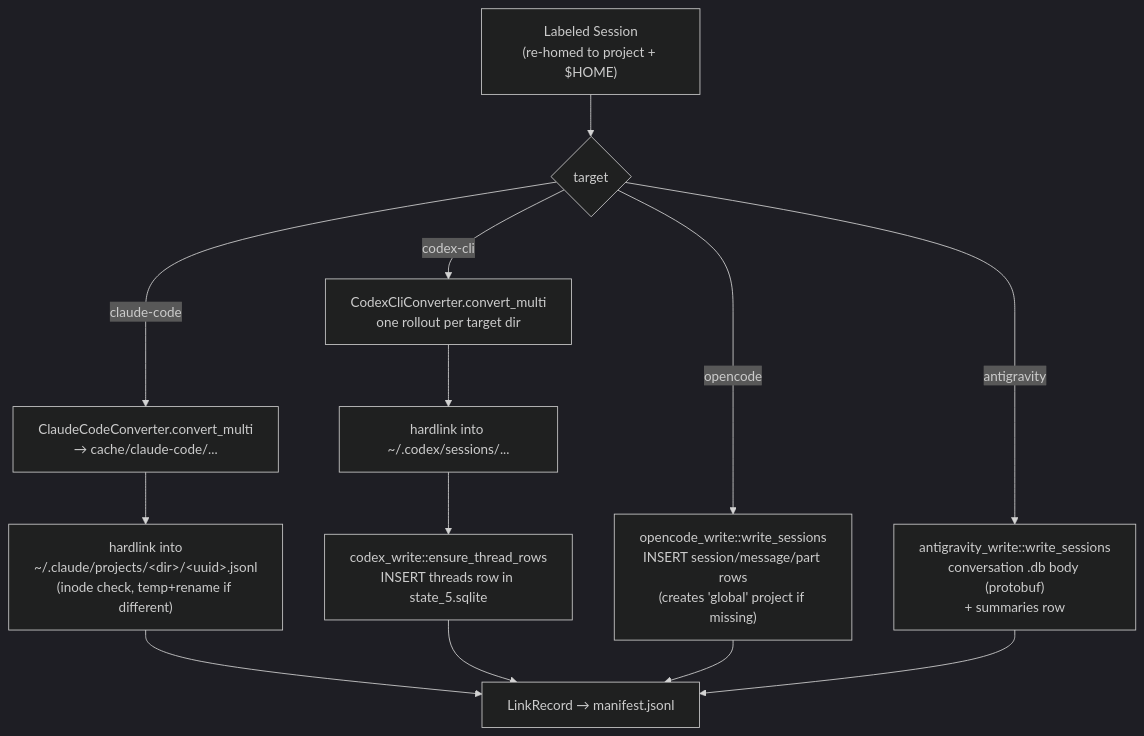
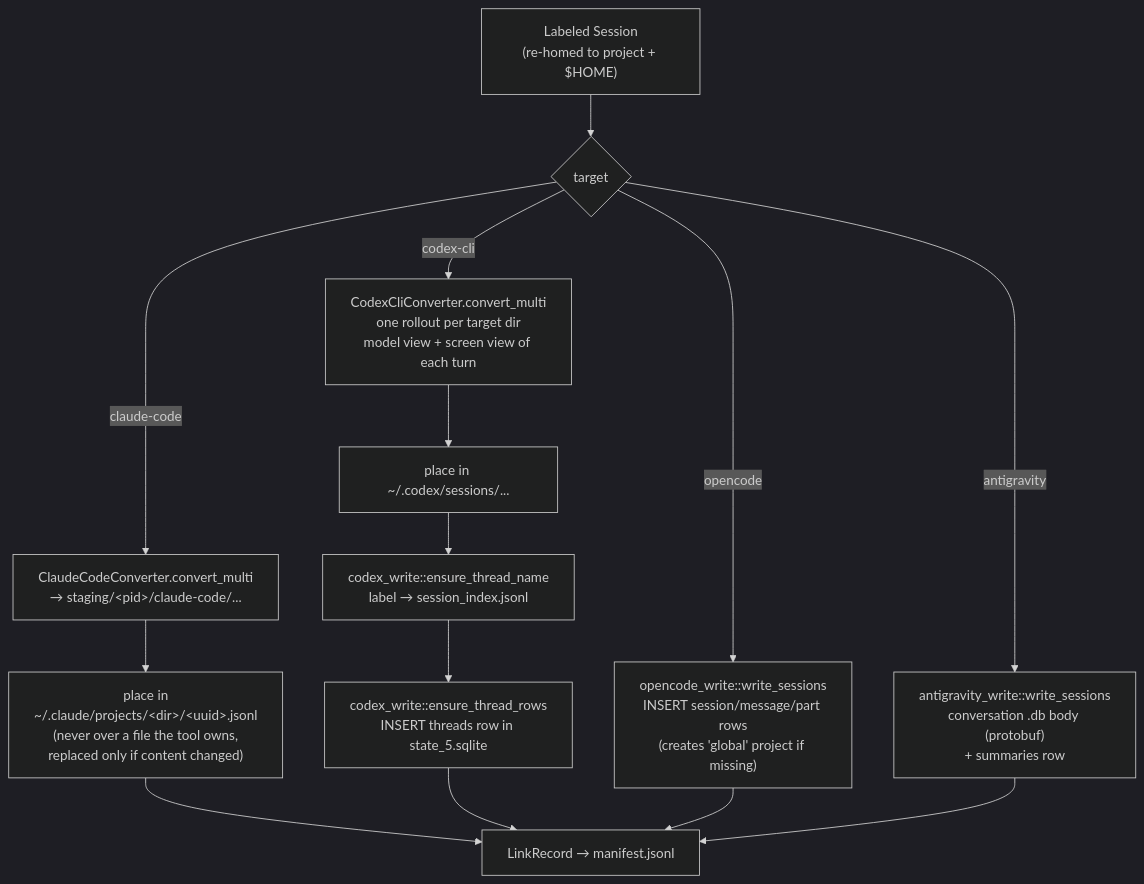
Before and after one commit to 45Harry/agentbridge: the eighth of 12 diagrams in ARCHITECTURE.md, drawn with Mermaid (dark theme). The commit also changed other lines of this file and 1 other file, not shown here.

First line of the commit message:
docs: bring ARCHITECTURE.md in line with the code

````diff
--- a/ARCHITECTURE.md
+++ b/ARCHITECTURE.md
@@ -362,18 +372,19 @@
 ```mermaid
 flowchart TB
     s["Labeled Session<br/>(re-homed to project + $HOME)"]
     s --> t{target}
 
-    t -->|claude-code| cc1["ClaudeCodeConverter.convert_multi<br/>→ cache/claude-code/..."]
-    cc1 --> cc2["hardlink into<br/>~/.claude/projects/&lt;dir&gt;/&lt;uuid&gt;.jsonl<br/>(inode check, temp+rename if different)"]
+    t -->|claude-code| cc1["ClaudeCodeConverter.convert_multi<br/>→ staging/&lt;pid&gt;/claude-code/..."]
+    cc1 --> cc2["place in<br/>~/.claude/projects/&lt;dir&gt;/&lt;uuid&gt;.jsonl<br/>(never over a file the tool owns,<br/>replaced only if content changed)"]
 
-    t -->|codex-cli| cx1["CodexCliConverter.convert_multi<br/>one rollout per target dir"]
-    cx1 --> cx2["hardlink into ~/.codex/sessions/..."]
-    cx2 --> cx3["codex_write::ensure_thread_rows<br/>INSERT threads row in state_5.sqlite"]
+    t -->|codex-cli| cx1["CodexCliConverter.convert_multi<br/>one rollout per target dir<br/>model view + screen view of each turn"]
+    cx1 --> cx2["place in ~/.codex/sessions/..."]
+    cx2 --> cx3["codex_write::ensure_thread_name<br/>label → session_index.jsonl"]
+    cx3 --> cx4["codex_write::ensure_thread_rows<br/>INSERT threads row in state_5.sqlite"]
 
     t -->|opencode| oc1["opencode_write::write_sessions<br/>INSERT session/message/part rows<br/>(creates 'global' project if missing)"]
 
     t -->|antigravity| ag1["antigravity_write::write_sessions<br/>conversation .db body (protobuf)<br/>+ summaries row"]
 
-    cc2 & cx3 & oc1 & ag1 --> m["LinkRecord → manifest.jsonl"]
+    cc2 & cx4 & oc1 & ag1 --> m["LinkRecord → manifest.jsonl"]
 ```
````
